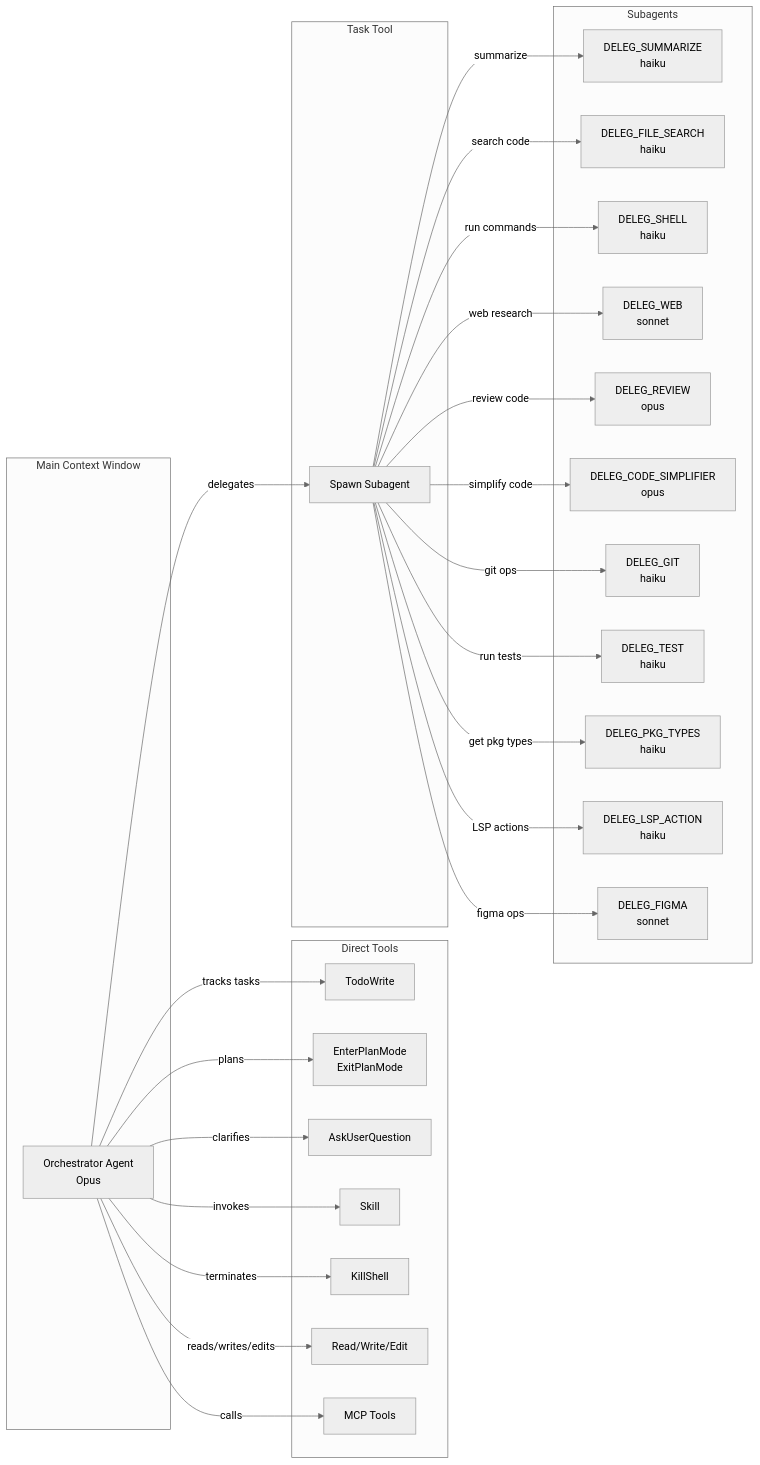
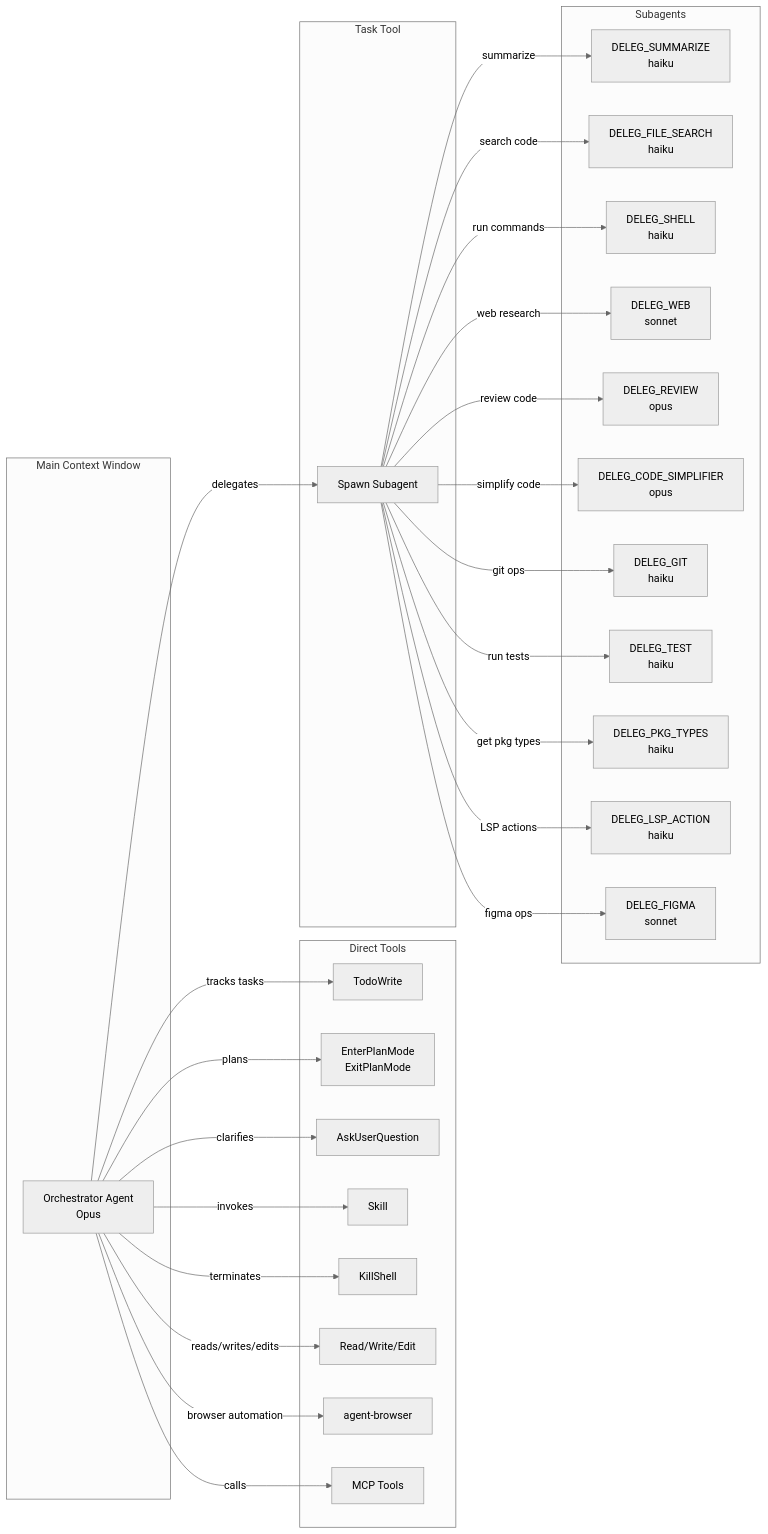
One commit to kentoje/dotfiles changed the diagram in .config/opencode/prompts/DELEG_ORCHESTRATOR.md. Above: the diagram before and after it, drawn with Mermaid (neutral theme). The commit also changed other lines of this file and 4 other files, not shown here.

Commit message:
add agent browser staging skill opencode

````diff
--- a/.config/opencode/prompts/DELEG_ORCHESTRATOR.md
+++ b/.config/opencode/prompts/DELEG_ORCHESTRATOR.md
@@ -5,54 +5,56 @@
 ```mermaid
 flowchart LR
     subgraph Main["Main Context Window"]
         O[Orchestrator Agent<br/>Opus]
     end
 
     subgraph Tools["Direct Tools"]
         TW[TodoWrite]
         PM[EnterPlanMode<br/>ExitPlanMode]
         AQ[AskUserQuestion]
         SK[Skill]
         KS[KillShell]
         RWE[Read/Write/Edit]
+        AB[agent-browser]
         MCP[MCP Tools]
     end
 
     subgraph Task["Task Tool"]
         T[Spawn Subagent]
     end
 
     subgraph Subagents["Subagents"]
         SU[DELEG_SUMMARIZE<br/>haiku]
         FS[DELEG_FILE_SEARCH<br/>haiku]
         SH[DELEG_SHELL<br/>haiku]
         WB[DELEG_WEB<br/>sonnet]
         RV[DELEG_REVIEW<br/>opus]
         CS[DELEG_CODE_SIMPLIFIER<br/>opus]
         GT[DELEG_GIT<br/>haiku]
         TS[DELEG_TEST<br/>haiku]
         PT[DELEG_PKG_TYPES<br/>haiku]
         LA[DELEG_LSP_ACTION<br/>haiku]
         FG[DELEG_FIGMA<br/>sonnet]
     end
 
     O -->|tracks tasks| TW
     O -->|plans| PM
     O -->|clarifies| AQ
     O -->|invokes| SK
     O -->|terminates| KS
     O -->|reads/writes/edits| RWE
+    O -->|browser automation| AB
     O -->|calls| MCP
     O -->|delegates| T
     T -->|summarize| SU
     T -->|search code| FS
     T -->|run commands| SH
     T -->|web research| WB
     T -->|review code| RV
     T -->|simplify code| CS
     T -->|git ops| GT
     T -->|run tests| TS
     T -->|get pkg types| PT
     T -->|LSP actions| LA
     T -->|figma ops| FG
 ```
````
